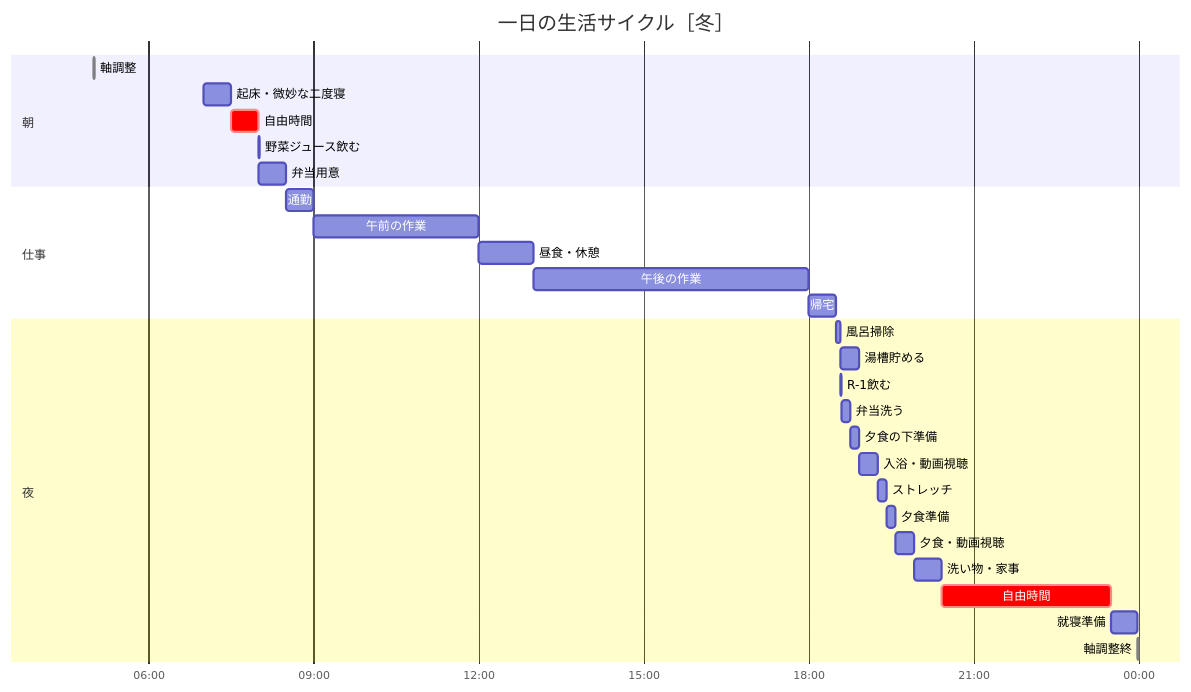
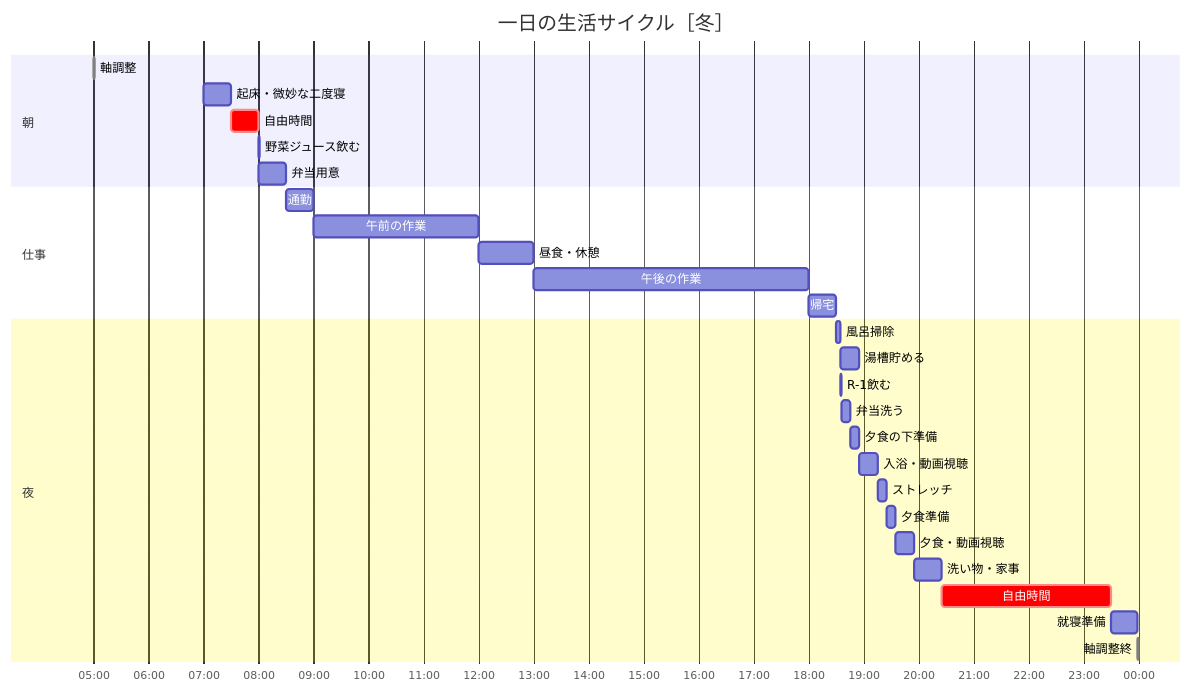
One commit to harurika0303/public-memo changed the third of 3 diagrams in memo/ライフスタイル/一日の生活サイクル.md. Above: the diagram before and after it, drawn with Mermaid. The commit also changed other lines of this file, not shown here.

````diff
--- a/memo/ライフスタイル/一日の生活サイクル.md
+++ b/memo/ライフスタイル/一日の生活サイクル.md
@@ -87,36 +87,36 @@
 ```mermaid
 gantt
     title 一日の生活サイクル［冬］
     dateFormat HH:mm
     axisFormat %H:%M
-    tickInterval 1h
+    tickInterval 1hour
 
     section 朝
     軸調整            :done, 05:00, 1m
     起床・微妙な二度寝                :07:00, 30m
     自由時間             :crit, 07:30, 30m
     野菜ジュース飲む     :08:00, 1m
     弁当用意     :08:00, 30m
 
     section 仕事
     通勤             :08:30, 30m
     午前の作業        :09:00, 3h
     昼食・休憩        :12:00, 1h
     午後の作業        :13:00, 5h
     帰宅             :18:00, 30m
 
     section 夜
     風呂掃除        :18:30, 5m
     湯槽貯める        :18:35, 20m
     R-1飲む        :18:35, 1m
     弁当洗う        :18:36, 10m
     夕食の下準備        :18:46, 9m
     入浴・動画視聴        :18:55, 20m
     ストレッチ        :19:15, 10m
     夕食準備        :19:25, 10m
     夕食・動画視聴        :19:35, 20m
     洗い物・家事        :19:55, 30m
     自由時間          :crit, 20:25, 185m
     就寝準備          :23:30, 29m
     軸調整終          :done, 23:59, 1m
 ```
````
